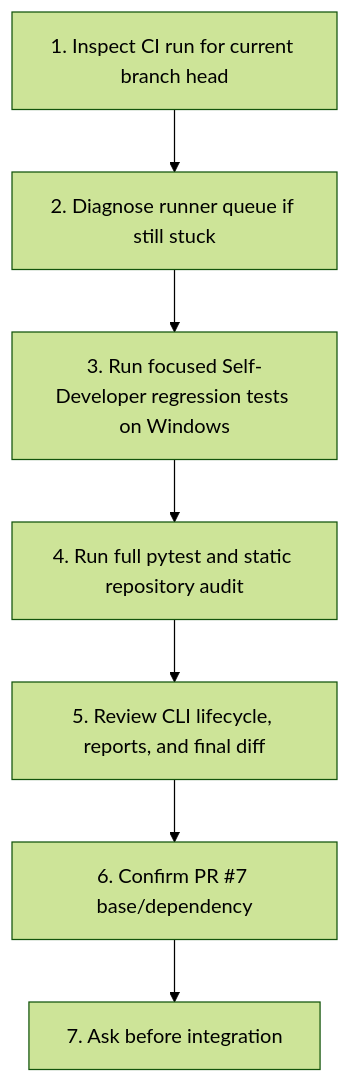
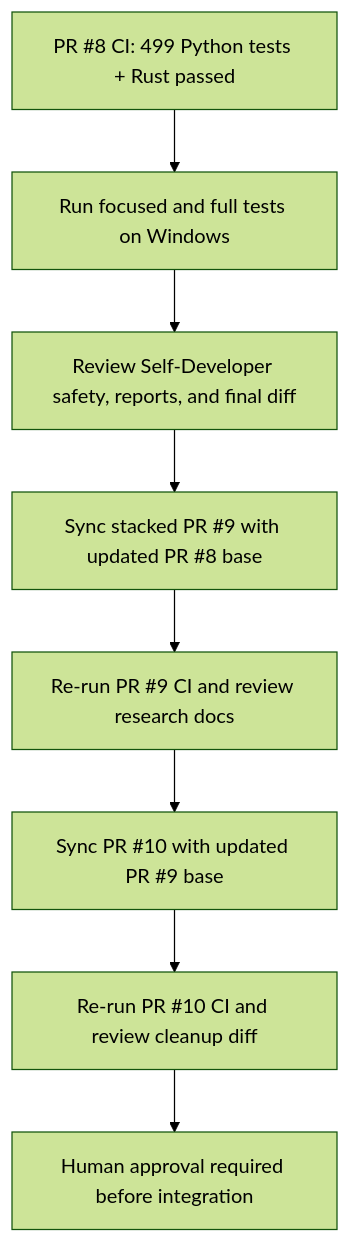
One commit to deathkernel/TARA changed the sixth of 11 diagrams in README.md. Above: the diagram before and after it, drawn with Mermaid (forest theme). The commit also changed other lines of this file, not shown here.

Commit message:
docs: record verified CI state and stacked PR follow-up

````diff
--- a/README.md
+++ b/README.md
@@ -134,9 +146,10 @@
 ```mermaid
 flowchart TD
-    N1[1. Inspect CI run for current branch head] --> N2[2. Diagnose runner queue if still stuck]
-    N2 --> N3[3. Run focused Self-Developer regression tests on Windows]
-    N3 --> N4[4. Run full pytest and static repository audit]
-    N4 --> N5[5. Review CLI lifecycle, reports, and final diff]
-    N5 --> N6[6. Confirm PR #7 base/dependency]
-    N6 --> N7[7. Ask before integration]
+    A[PR #8 CI: 499 Python tests + Rust passed] --> B[Run focused and full tests on Windows]
+    B --> C[Review Self-Developer safety, reports, and final diff]
+    C --> D[Sync stacked PR #9 with updated PR #8 base]
+    D --> E[Re-run PR #9 CI and review research docs]
+    E --> F[Sync PR #10 with updated PR #9 base]
+    F --> G[Re-run PR #10 CI and review cleanup diff]
+    G --> H[Human approval required before integration]
 ```
````
